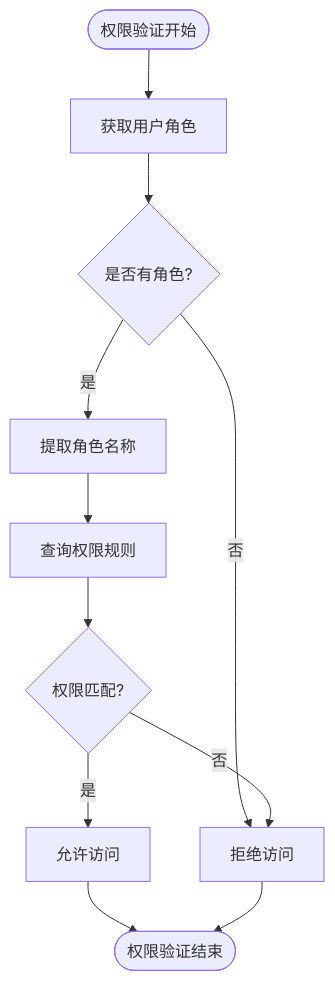
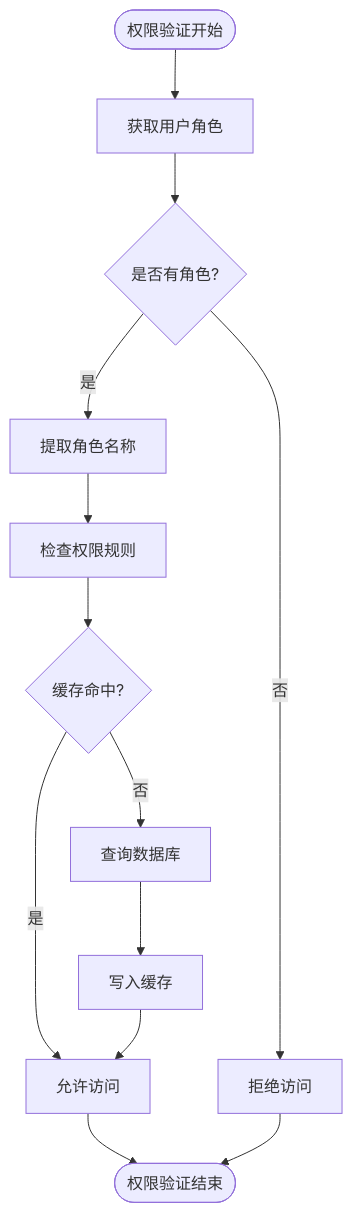
The fourth of 6 diagrams in .qoder/repowiki/zh/content/API接口文档/权限管理接口.md (wuwuseo/e-sports-go-admin), drawn with Mermaid before and after one commit. The commit also changed other lines of this file and 26 other files, not shown here.

````diff
--- a/.qoder/repowiki/zh/content/API接口文档/权限管理接口.md
+++ b/.qoder/repowiki/zh/content/API接口文档/权限管理接口.md
@@ -368,13 +722,15 @@
 ```mermaid
 flowchart TD
 Start([权限验证开始]) --> GetUserRoles["获取用户角色"]
 GetUserRoles --> CheckRoles{"是否有角色?"}
 CheckRoles --> |否| Deny["拒绝访问"]
 CheckRoles --> |是| GetRoleNames["提取角色名称"]
-GetRoleNames --> QueryPermissions["查询权限规则"]
-QueryPermissions --> CheckCondition{"权限匹配?"}
-CheckCondition --> |是| Allow["允许访问"]
-CheckCondition --> |否| Deny
+GetRoleNames --> CheckPermission["检查权限规则"]
+CheckPermission --> CheckCache{"缓存命中?"}
+CheckCache --> |是| Allow["允许访问"]
+CheckCache --> |否| QueryDB["查询数据库"]
+QueryDB --> CacheResult["写入缓存"]
+CacheResult --> Allow
 Allow --> End([权限验证结束])
 Deny --> End
 ```
````
